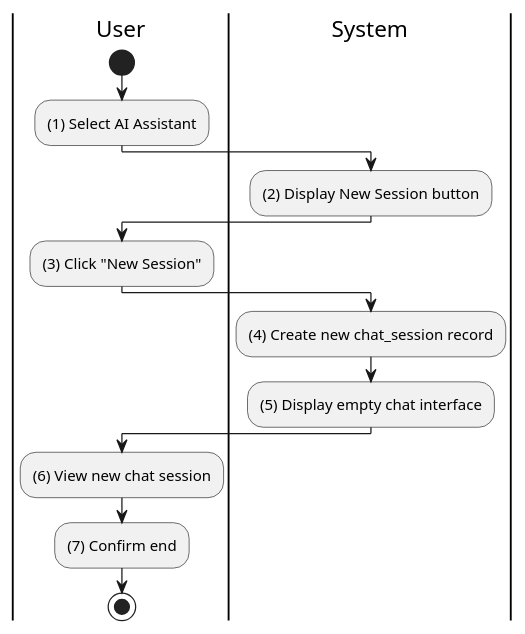
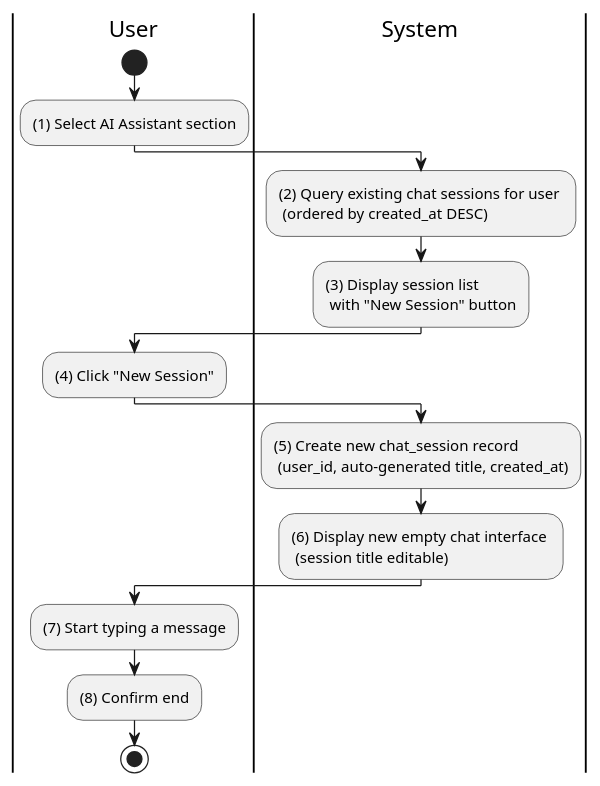
One commit to taskpilot-platform/taskpilot-platform.github.io changed the diagram in docs/docs/activity/ai-assistant/create-new-ai-chat-session.md. Above: the diagram before and after it, drawn with PlantUML. The commit also changed 14 other files, not shown here.

First line of the commit message:
feat(activity): expand batch 2 activity diagrams to ~40-50 lines

````diff
--- a/docs/docs/activity/ai-assistant/create-new-ai-chat-session.md
+++ b/docs/docs/activity/ai-assistant/create-new-ai-chat-session.md
@@ -3,26 +3,27 @@
 ```plantuml
 @startuml
 |U|User
 |S|System
 
 |U|
 start
-:(1) Select AI Assistant;
+:(1) Select AI Assistant section;
 
 |S|
-:(2) Display New Session button;
+:(2) Query existing chat sessions for user \n (ordered by created_at DESC);
+:(3) Display session list \n with "New Session" button;
 
 |U|
-:(3) Click "New Session";
+:(4) Click "New Session";
 
 |S|
-:(4) Create new chat_session record;
-:(5) Display empty chat interface;
+:(5) Create new chat_session record \n (user_id, auto-generated title, created_at);
+:(6) Display new empty chat interface \n (session title editable);
 
 |U|
-:(6) View new chat session;
-:(7) Confirm end;
+:(7) Start typing a message;
+:(8) Confirm end;
 
 stop
 @enduml
 ```
````
